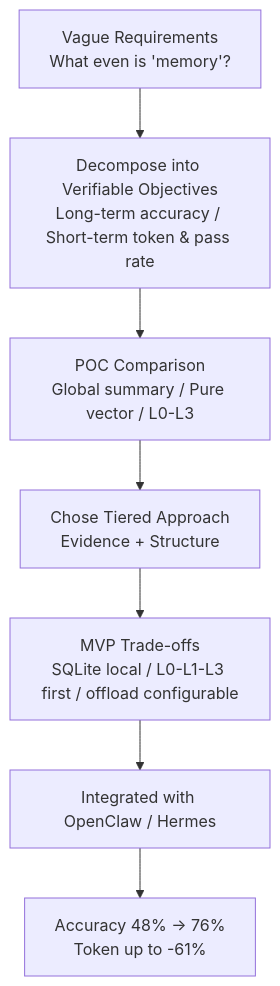
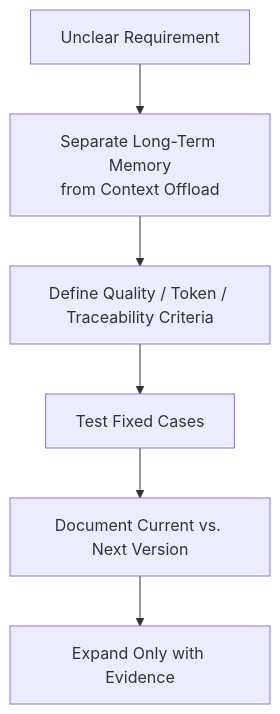
Diagram 17 of 20 in 问题/05-英文面试/三项目与Agent系统设计-英文.md (PorunC/interview), drawn with Mermaid before and after one commit. The commit also changed other lines of this file and 27 other files, not shown here.

````diff
--- a/问题/05-英文面试/三项目与Agent系统设计-英文.md
+++ b/问题/05-英文面试/三项目与Agent系统设计-英文.md
@@ -697,9 +702,8 @@
 ```mermaid
 flowchart TD
-    Fuzzy["Vague Requirements<br/>What even is 'memory'?"] --> Split["Decompose into Verifiable Objectives<br/>Long-term accuracy / Short-term token & pass rate"]
-    Split --> POC["POC Comparison<br/>Global summary / Pure vector / L0-L3"]
-    POC --> Decision["Chose Tiered Approach<br/>Evidence + Structure"]
-    Decision --> MVP["MVP Trade-offs<br/>SQLite local / L0-L1-L3 first / offload configurable"]
-    MVP --> Integrate["Integrated with OpenClaw / Hermes"]
-    Integrate --> Result["Accuracy 48% -> 76%<br/>Token up to -61%"]
+    Fuzzy["Unclear Requirement"] --> Split["Separate Long-Term Memory<br/>from Context Offload"]
+    Split --> Criteria["Define Quality / Token / Traceability Criteria"]
+    Criteria --> Test["Test Fixed Cases"]
+    Test --> Boundary["Document Current vs. Next Version"]
+    Boundary --> Decision["Expand Only with Evidence"]
 ```
````
